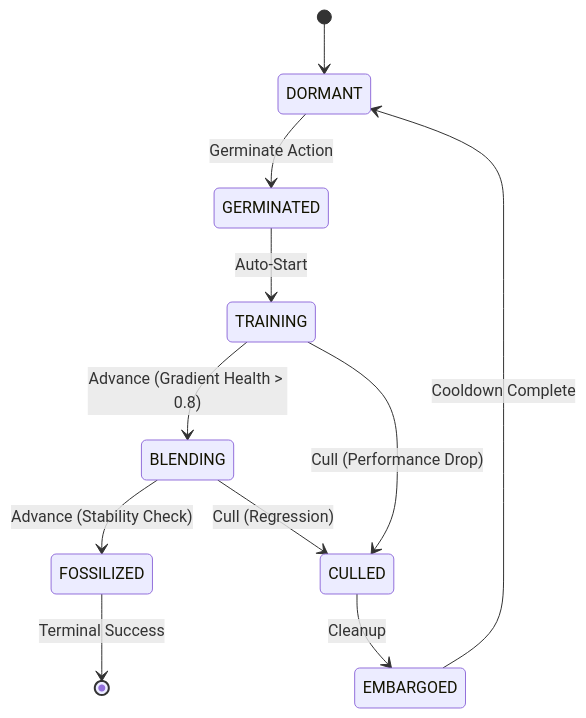
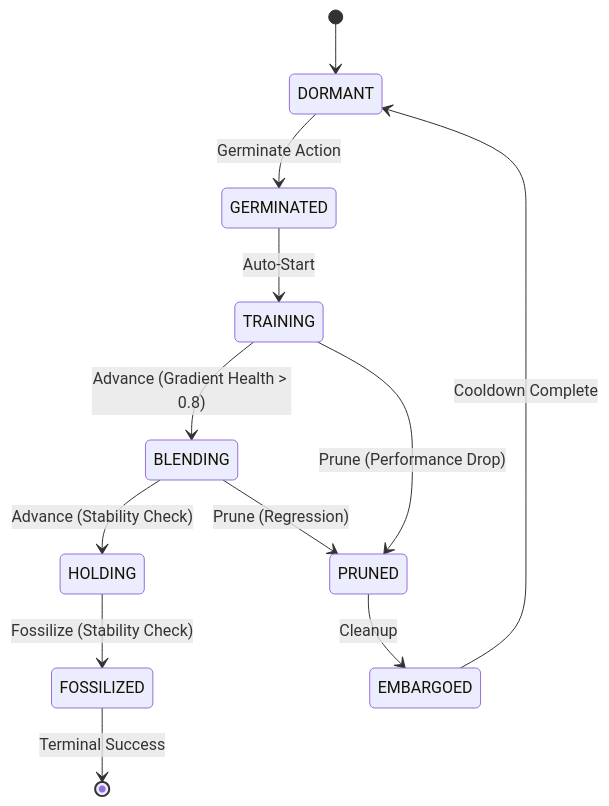
The diagram in README.md (tachyon-beep/esper-lite), drawn with Mermaid before and after one commit. The commit also changed other lines of this file and 100 other files, not shown here.

Commit message:
refactor(lifecycle): rename stages to holding/pruned

````diff
--- a/README.md
+++ b/README.md
@@ -79,13 +79,14 @@
 ```mermaid
 stateDiagram-v2
     [*] --> DORMANT
     DORMANT --> GERMINATED: Germinate Action
     GERMINATED --> TRAINING: Auto-Start
     TRAINING --> BLENDING: Advance (Gradient Health > 0.8)
-    TRAINING --> CULLED: Cull (Performance Drop)
-    BLENDING --> FOSSILIZED: Advance (Stability Check)
-    BLENDING --> CULLED: Cull (Regression)
+    TRAINING --> PRUNED: Prune (Performance Drop)
+    BLENDING --> HOLDING: Advance (Stability Check)
+    BLENDING --> PRUNED: Prune (Regression)
+    HOLDING --> FOSSILIZED: Fossilize (Stability Check)
     FOSSILIZED --> [*]: Terminal Success
-    CULLED --> EMBARGOED: Cleanup
+    PRUNED --> EMBARGOED: Cleanup
     EMBARGOED --> DORMANT: Cooldown Complete
 ```
````
